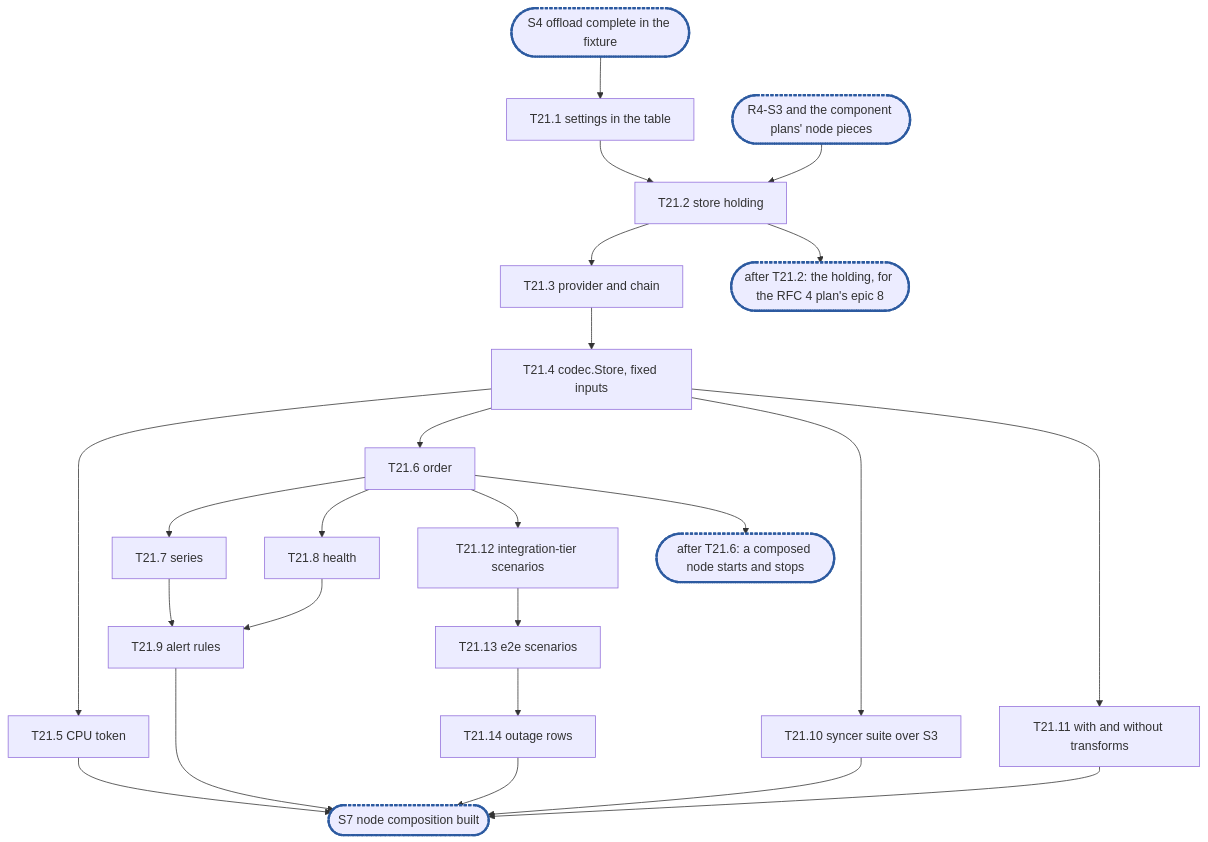
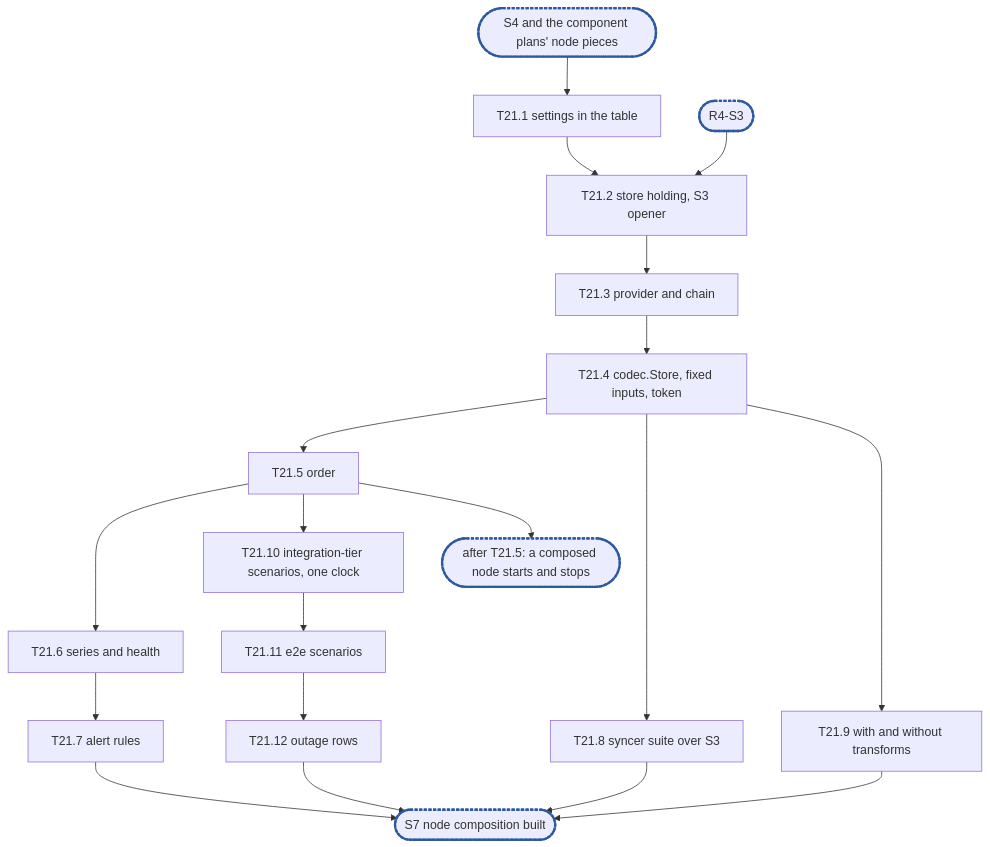
One commit to cubbit/dittofs changed the diagram in .planning/rfc-8-offload-engine-epic21.md. Above: the diagram before and after it, drawn with Mermaid. The commit also changed other lines of this file, not shown here.

Commit message:
docs(planning): fold the review passes into the RFC 8 epic 21 breakdown

````diff
--- a/.planning/rfc-8-offload-engine-epic21.md
+++ b/.planning/rfc-8-offload-engine-epic21.md
@@ -662,22 +689,19 @@
 ```mermaid
 flowchart TD
-  S4(["S4 offload complete in the fixture"]):::sync --> T21_1["T21.1 settings in the table"]
-  RS3(["R4-S3 and the component plans' node pieces"]):::sync --> T21_2
-  T21_1 --> T21_2["T21.2 store holding"]
+  S4(["S4 and the component plans' node pieces"]):::sync --> T21_1["T21.1 settings in the table"]
+  RS3(["R4-S3"]):::sync --> T21_2
+  T21_1 --> T21_2["T21.2 store holding, S3 opener"]
   T21_2 --> T21_3["T21.3 provider and chain"]
-  T21_3 --> T21_4["T21.4 codec.Store, fixed inputs"]
-  T21_4 --> T21_5["T21.5 CPU token"]
-  T21_4 --> T21_6["T21.6 order"]
-  T21_6 --> T21_7["T21.7 series"]
-  T21_6 --> T21_8["T21.8 health"]
-  T21_7 & T21_8 --> T21_9["T21.9 alert rules"]
-  T21_4 --> T21_10["T21.10 syncer suite over S3"]
-  T21_4 --> T21_11["T21.11 with and without transforms"]
-  T21_6 --> T21_12["T21.12 integration-tier scenarios"]
-  T21_12 --> T21_13["T21.13 e2e scenarios"]
-  T21_13 --> T21_14["T21.14 outage rows"]
-  T21_2 --> C1(["after T21.2: the holding, for the RFC 4 plan's epic 8"]):::sync
-  T21_6 --> C2(["after T21.6: a composed node starts and stops"]):::sync
-  T21_5 & T21_9 & T21_10 & T21_11 & T21_14 --> S7(["S7 node composition built"]):::sync
+  T21_3 --> T21_4["T21.4 codec.Store, fixed inputs, token"]
+  T21_4 --> T21_5["T21.5 order"]
+  T21_5 --> T21_6["T21.6 series and health"]
+  T21_6 --> T21_7["T21.7 alert rules"]
+  T21_4 --> T21_8["T21.8 syncer suite over S3"]
+  T21_4 --> T21_9["T21.9 with and without transforms"]
+  T21_5 --> T21_10["T21.10 integration-tier scenarios, one clock"]
+  T21_10 --> T21_11["T21.11 e2e scenarios"]
+  T21_11 --> T21_12["T21.12 outage rows"]
+  T21_5 --> C1(["after T21.5: a composed node starts and stops"]):::sync
+  T21_7 & T21_8 & T21_9 & T21_12 --> S7(["S7 node composition built"]):::sync
   classDef sync stroke:#2c5aa0,stroke-width:3px,stroke-dasharray:4 2
 ```
````
